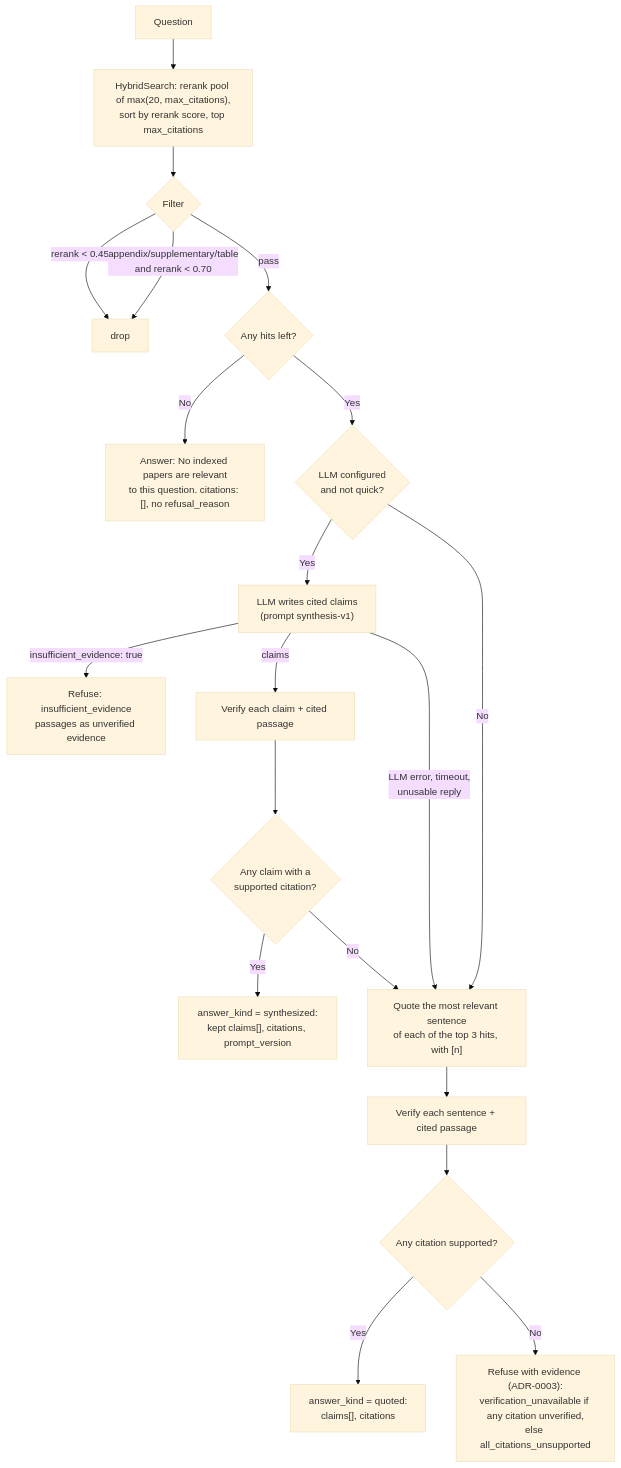
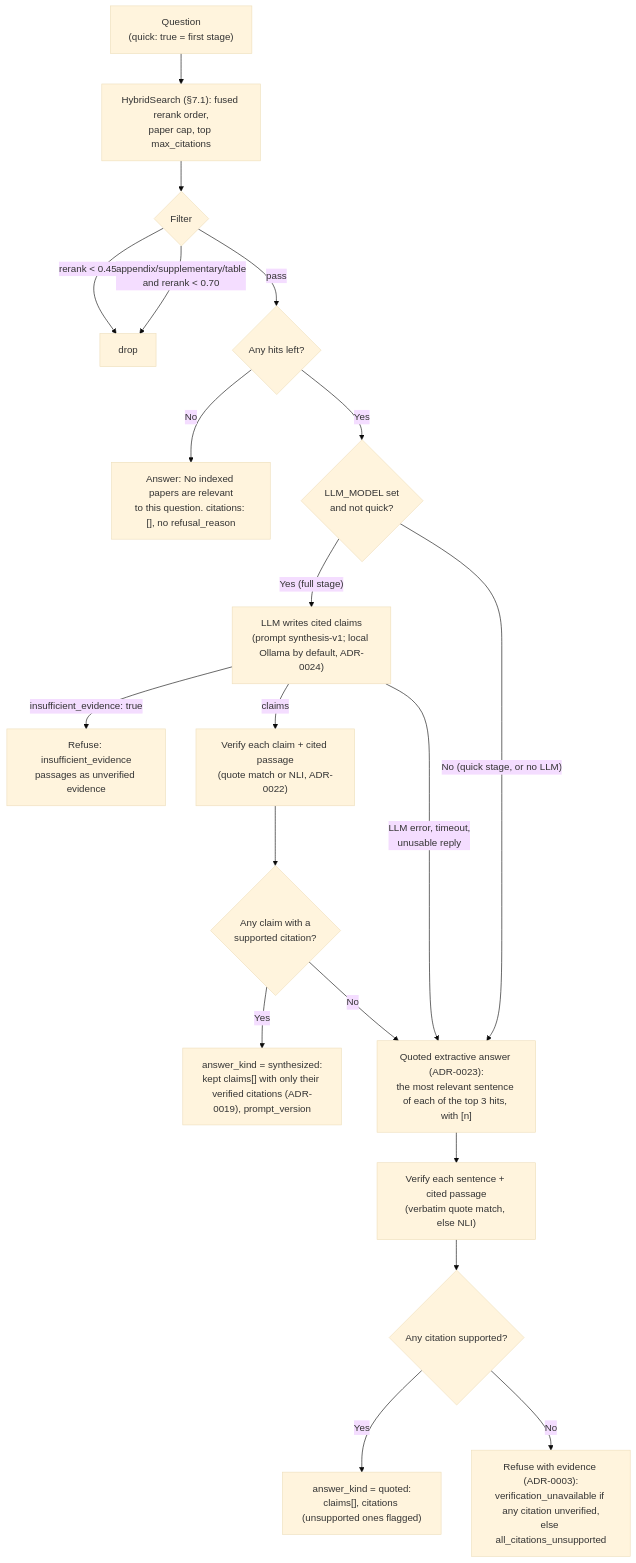
Before and after one commit to MaheshPulivarthi18/arxivlens-agents: the sixth of 7 diagrams in docs/PRD-Technical.md, drawn with Mermaid (base theme). The commit also changed other lines of this file and 5 other files, not shown here.

````diff
--- a/docs/PRD-Technical.md
+++ b/docs/PRD-Technical.md
@@ -270,22 +281,22 @@
 ```mermaid
 flowchart TD
-    A[Question] --> B["HybridSearch: rerank pool of max(20, max_citations),<br/>sort by rerank score, top max_citations"]
+    A["Question<br/>(quick: true = first stage)"] --> B["HybridSearch (§7.1): fused rerank order,<br/>paper cap, top max_citations"]
     B --> C{Filter}
     C -->|"rerank &lt; 0.45"| X[drop]
     C -->|"appendix/supplementary/table<br/>and rerank &lt; 0.70"| X
     C -->|pass| D{Any hits left?}
     D -- No --> R["Answer: No indexed papers are relevant<br/>to this question. citations: [], no refusal_reason"]
-    D -- Yes --> L{"LLM configured<br/>and not quick?"}
-    L -- Yes --> M["LLM writes cited claims<br/>(prompt synthesis-v1)"]
+    D -- Yes --> L{"LLM_MODEL set<br/>and not quick?"}
+    L -- "Yes (full stage)" --> M["LLM writes cited claims<br/>(prompt synthesis-v1; local Ollama by default, ADR-0024)"]
     M -->|"insufficient_evidence: true"| RI["Refuse: insufficient_evidence<br/>passages as unverified evidence"]
-    M -->|"claims"| V2[Verify each claim + cited passage]
+    M -->|"claims"| V2["Verify each claim + cited passage<br/>(quote match or NLI, ADR-0022)"]
     V2 --> K{"Any claim with a<br/>supported citation?"}
-    K -- Yes --> OS["answer_kind = synthesized:<br/>kept claims[], citations, prompt_version"]
+    K -- Yes --> OS["answer_kind = synthesized:<br/>kept claims[] with only their verified citations (ADR-0019), prompt_version"]
     K -- No --> Q
     M -->|"LLM error, timeout,<br/>unusable reply"| Q
-    L -- No --> Q["Quote the most relevant sentence<br/>of each of the top 3 hits, with #91;n#93;"]
-    Q --> V[Verify each sentence + cited passage]
+    L -- "No (quick stage, or no LLM)" --> Q["Quoted extractive answer (ADR-0023):<br/>the most relevant sentence of each of the top 3 hits, with #91;n#93;"]
+    Q --> V["Verify each sentence + cited passage<br/>(verbatim quote match, else NLI)"]
     V --> S{"Any citation supported?"}
-    S -- Yes --> OQ["answer_kind = quoted:<br/>claims[], citations"]
+    S -- Yes --> OQ["answer_kind = quoted:<br/>claims[], citations (unsupported ones flagged)"]
     S -- No --> RF["Refuse with evidence (ADR-0003):<br/>verification_unavailable if any citation unverified,<br/>else all_citations_unsupported"]
 ```
````
